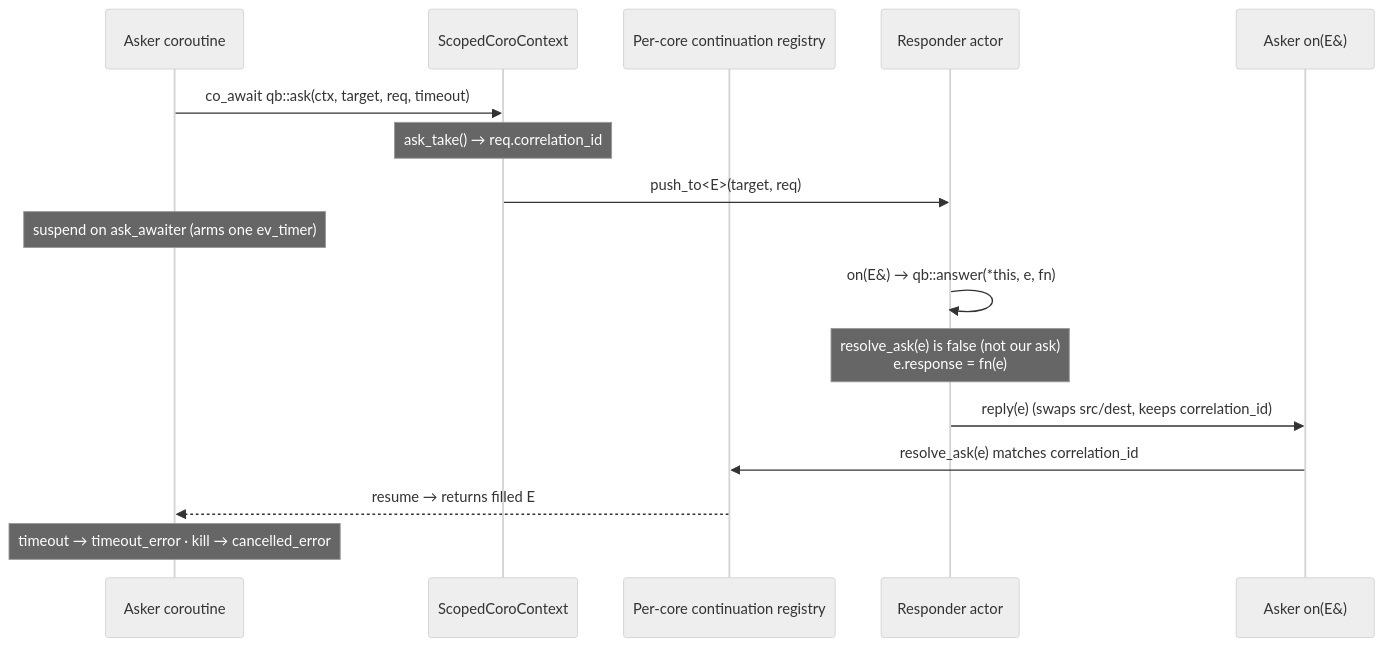
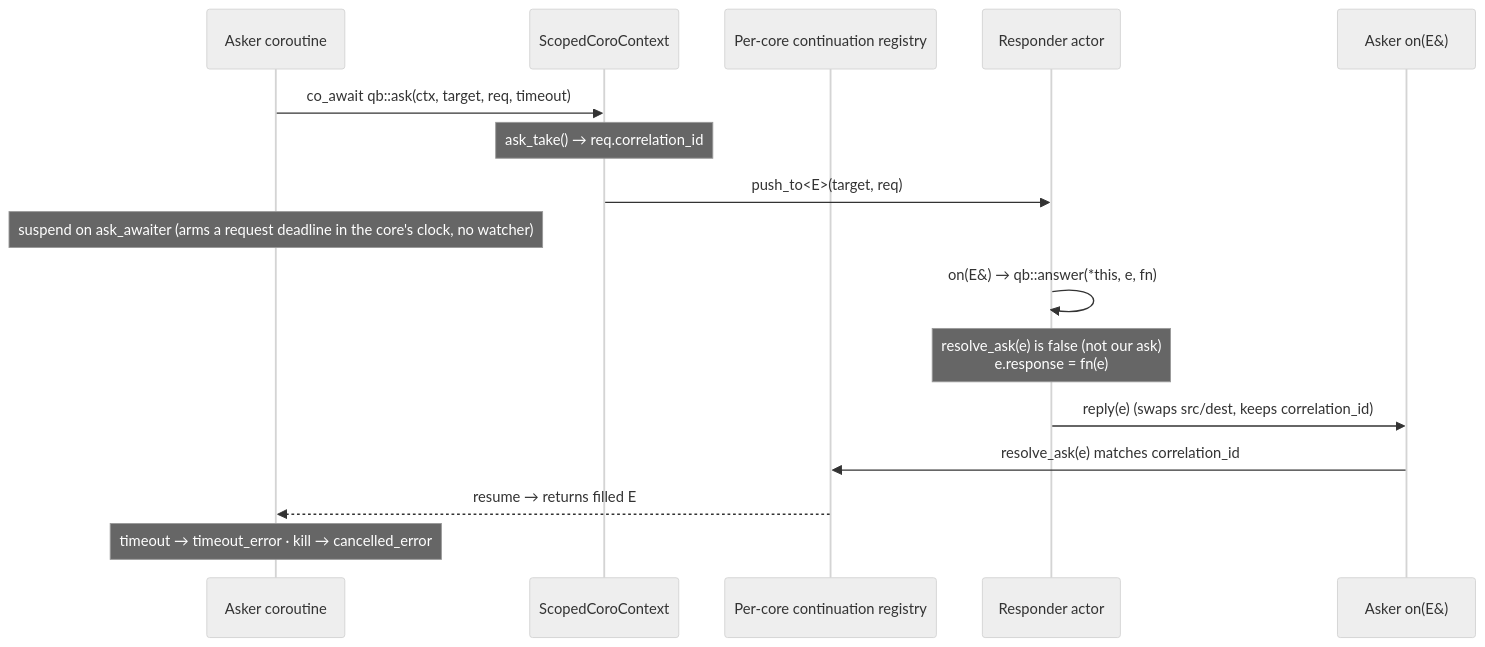
The first of 2 diagrams in readme/4_qb_core/patterns_library.md (isndev/qb), drawn with Mermaid (neutral theme) before and after one commit. The commit also changed other lines of this file and 35 other files, not shown here.

````diff
--- a/readme/4_qb_core/patterns_library.md
+++ b/readme/4_qb_core/patterns_library.md
@@ -192,19 +192,19 @@
 ```mermaid
 sequenceDiagram
     participant Co as Asker coroutine
     participant Ctx as ScopedCoroContext
     participant Reg as Per-core continuation registry
     participant R as Responder actor
     participant H as Asker on(E&)
 
     Co->>Ctx: co_await qb::ask(ctx, target, req, timeout)
     Note over Ctx: ask_take() → req.correlation_id
     Ctx->>R: push_to<E>(target, req)
-    Note over Co: suspend on ask_awaiter (arms one ev_timer)
+    Note over Co: suspend on ask_awaiter (arms a request deadline in the core's clock, no watcher)
     R->>R: on(E&) → qb::answer(*this, e, fn)
     Note over R: resolve_ask(e) is false (not our ask)<br/>e.response = fn(e)
     R->>H: reply(e)  (swaps src/dest, keeps correlation_id)
     H->>Reg: resolve_ask(e) matches correlation_id
     Reg-->>Co: resume → returns filled E
     Note over Co: timeout → timeout_error · kill → cancelled_error
 ```
````
